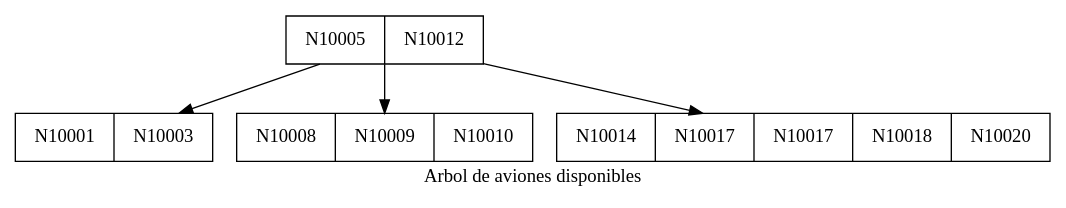
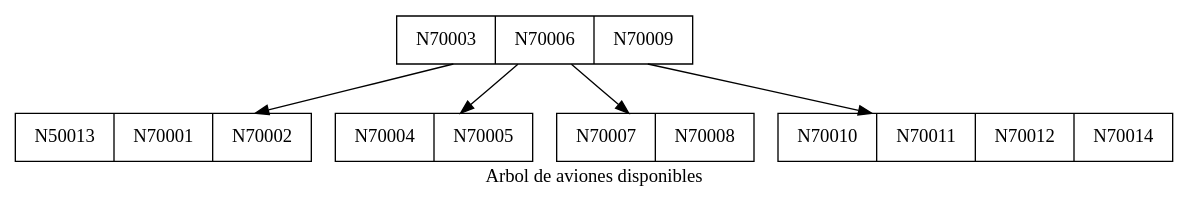
Before and after one commit to MarvinCastellanos/201700490_EDD_Proyecto: the diagram in dot/avionesDisponibles.dot, drawn with Graphviz. The commit also changed 21 other files, not shown here.

```diff
--- a/dot/avionesDisponibles.dot
+++ b/dot/avionesDisponibles.dot
@@ -1,11 +1,13 @@
 digraph G {
   label="Arbol de aviones disponibles";
   node [shape=record];
-    node0 [label="N10005|N10012"];
+    node0 [label="N70003|N70006|N70009"];
     node0 -> node1;
-    node1 [label="N10001|N10003"];
+    node1 [label="N50013|N70001|N70002"];
     node0 -> node2;
-    node2 [label="N10008|N10009|N10010"];
+    node2 [label="N70004|N70005"];
     node0 -> node3;
-    node3 [label="N10014|N10017|N10017|N10018|N10020"];
+    node3 [label="N70007|N70008"];
+    node0 -> node4;
+    node4 [label="N70010|N70011|N70012|N70014"];
 }
```
